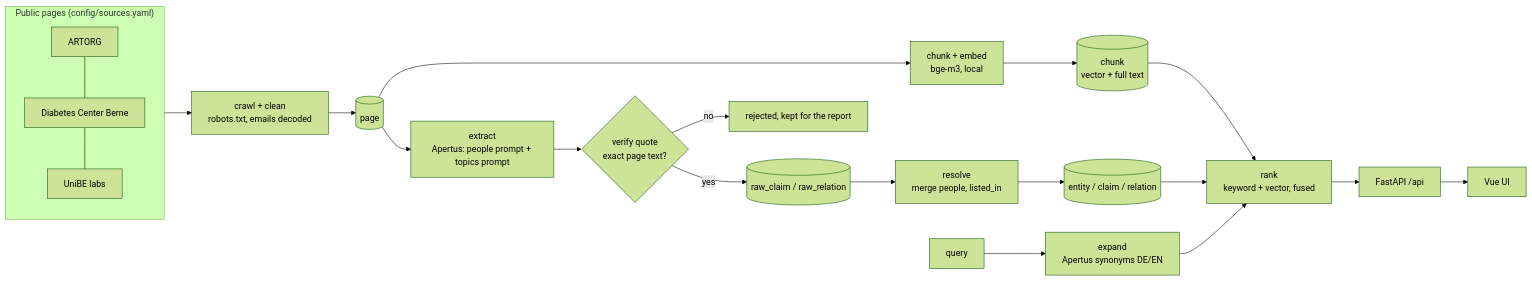
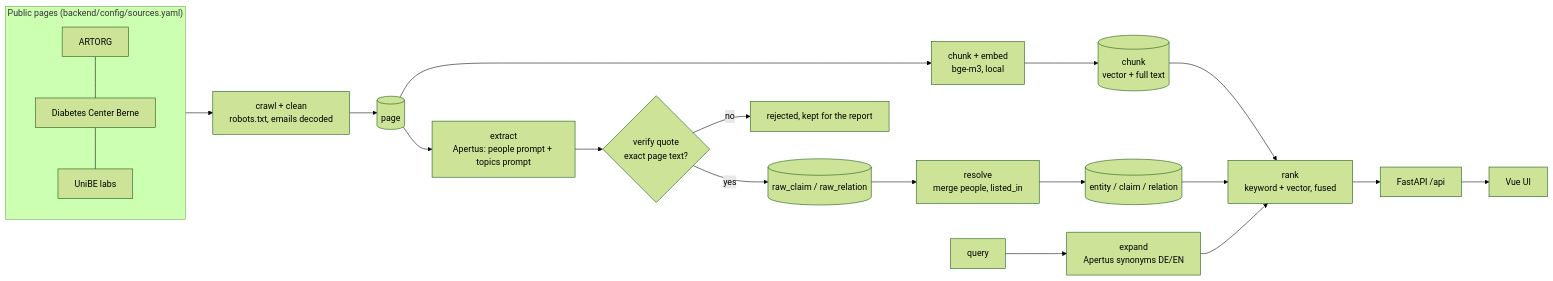
One commit to Grozby/kinder-bueno changed the diagram in README.md. Above: the diagram before and after it, drawn with Mermaid (forest theme). The commit also changed other lines of this file and 102 other files, not shown here.

````diff
--- a/README.md
+++ b/README.md
@@ -8,21 +8,21 @@
 ```mermaid
 flowchart LR
-    subgraph Sources["Public pages (config/sources.yaml)"]
+    subgraph Sources["Public pages (backend/config/sources.yaml)"]
         A1[ARTORG] --- A2[Diabetes Center Berne] --- A3[UniBE labs]
     end
     Sources --> C[crawl + clean<br/>robots.txt, emails decoded]
     C --> P[(page)]
     P --> E[chunk + embed<br/>bge-m3, local]
     E --> CH[(chunk<br/>vector + full text)]
     P --> X[extract<br/>Apertus: people prompt + topics prompt]
     X --> V{verify quote<br/>exact page text?}
     V -- no --> R0[rejected, kept for the report]
     V -- yes --> RW[(raw_claim / raw_relation)]
     RW --> RS[resolve<br/>merge people, listed_in]
     RS --> G[(entity / claim / relation)]
     Q[query] --> QE[expand<br/>Apertus synonyms DE/EN]
     QE --> S[rank<br/>keyword + vector, fused]
     CH --> S
     G --> S
     S --> API[FastAPI /api] --> UI[Vue UI]
 ```
````
